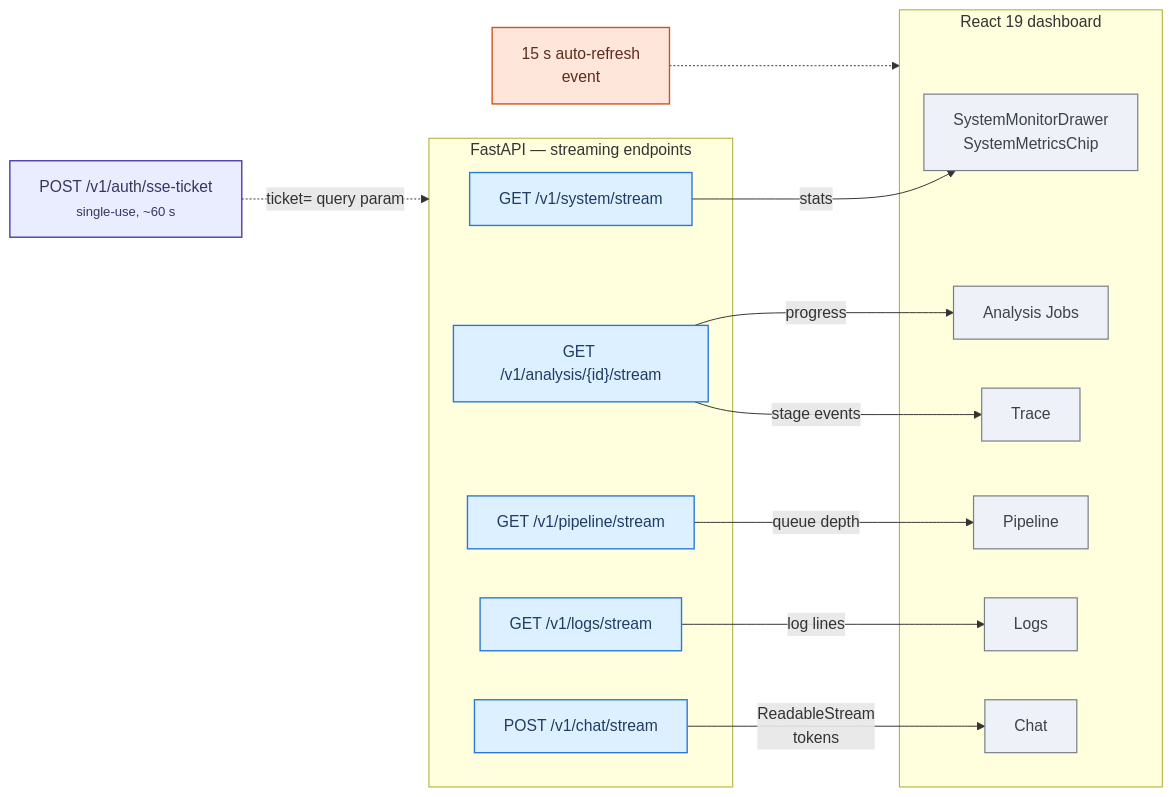
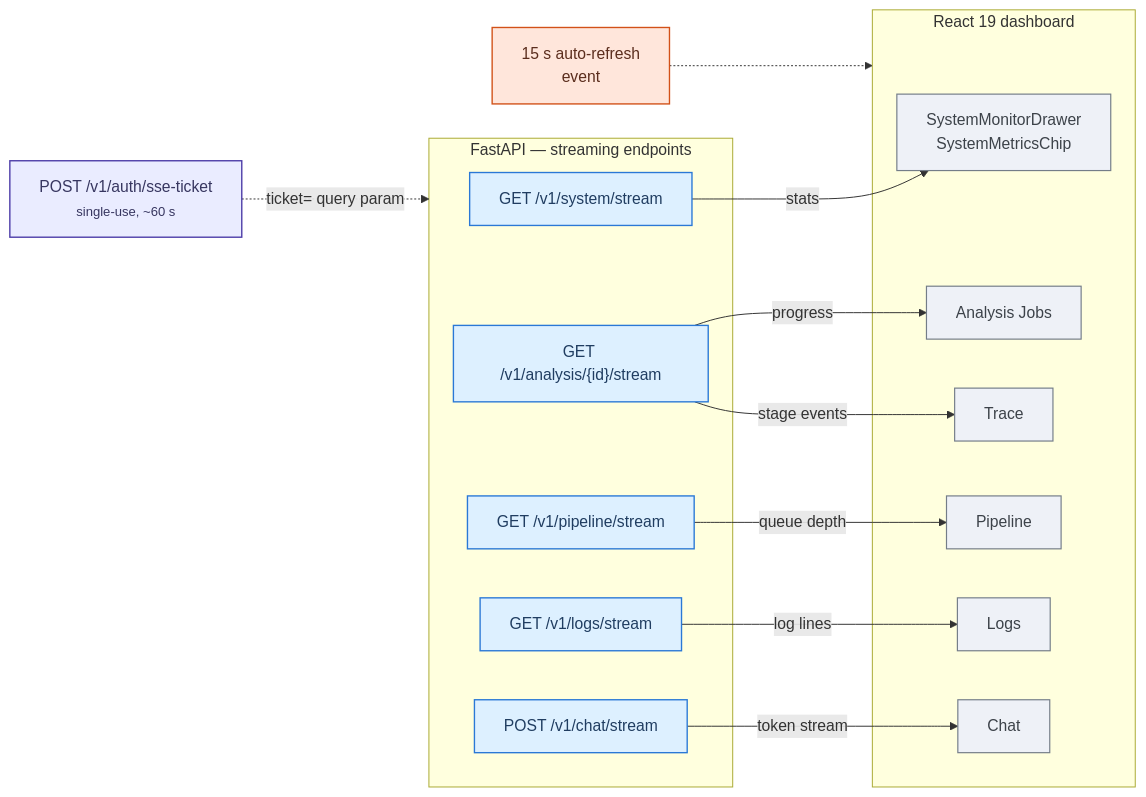
The diagram in paper/diagrams/fig-sse.mmd (Bishwajit-2810/Defense), drawn with Mermaid before and after one commit. The commit also changed 40 other files, not shown here.

```diff
--- a/paper/diagrams/fig-sse.mmd
+++ b/paper/diagrams/fig-sse.mmd
@@ -1,40 +1,40 @@
 graph LR
     Ticket["POST /v1/auth/sse-ticket<br/><small>single-use, ~60 s</small>"]
     Refresh["15 s auto-refresh<br/>event"]
 
     subgraph api["FastAPI — streaming endpoints"]
         S1["GET /v1/system/stream"]
         S2["GET /v1/analysis/{id}/stream"]
         S3["GET /v1/pipeline/stream"]
         S4["GET /v1/logs/stream"]
         S5["POST /v1/chat/stream"]
     end
 
     subgraph client["React 19 dashboard"]
         SMD["SystemMonitorDrawer<br/>SystemMetricsChip"]
         AJ["Analysis Jobs"]
         TR["Trace"]
         PP["Pipeline"]
         LG["Logs"]
         CH["Chat"]
     end
 
     Ticket -. "ticket= query param" .-> api
     S1 -- "stats" --> SMD
     S2 -- "progress" --> AJ
     S2 -- "stage events" --> TR
     S3 -- "queue depth" --> PP
     S4 -- "log lines" --> LG
-    S5 -- "ReadableStream<br/>tokens" --> CH
+    S5 -- "token stream" --> CH
     Refresh -.-> client
 
 
     class S1,S2,S3,S4,S5 svc
     class Ticket entry
     class SMD,AJ,TR,PP,LG,CH tool
     class Refresh obs
 
     classDef entry fill:#eaecff,stroke:#4a3aa7,stroke-width:1.4px,color:#373660
     classDef svc fill:#ddf0ff,stroke:#2a78d6,stroke-width:1.4px,color:#203d61
     classDef obs fill:#ffe6db,stroke:#d25118,stroke-width:1.4px,color:#5b2d1d
     classDef tool fill:#eef1f7,stroke:#747d88,stroke-width:1.2px,color:#3c4249
```
